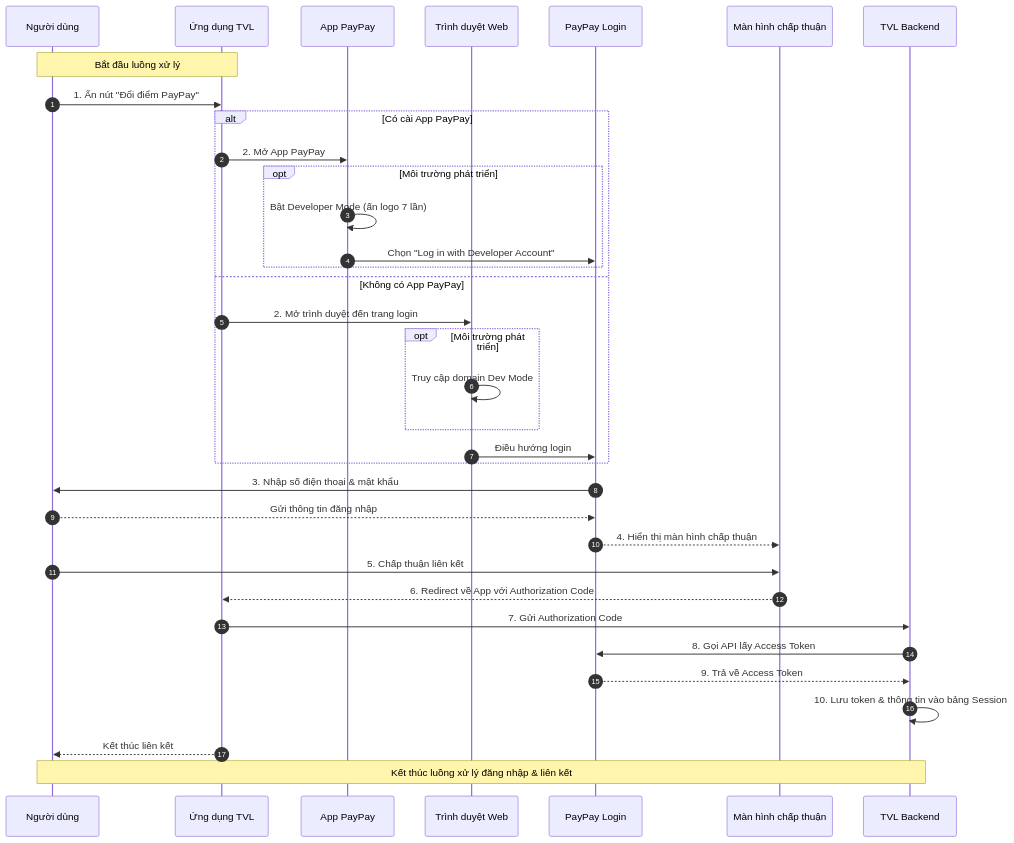
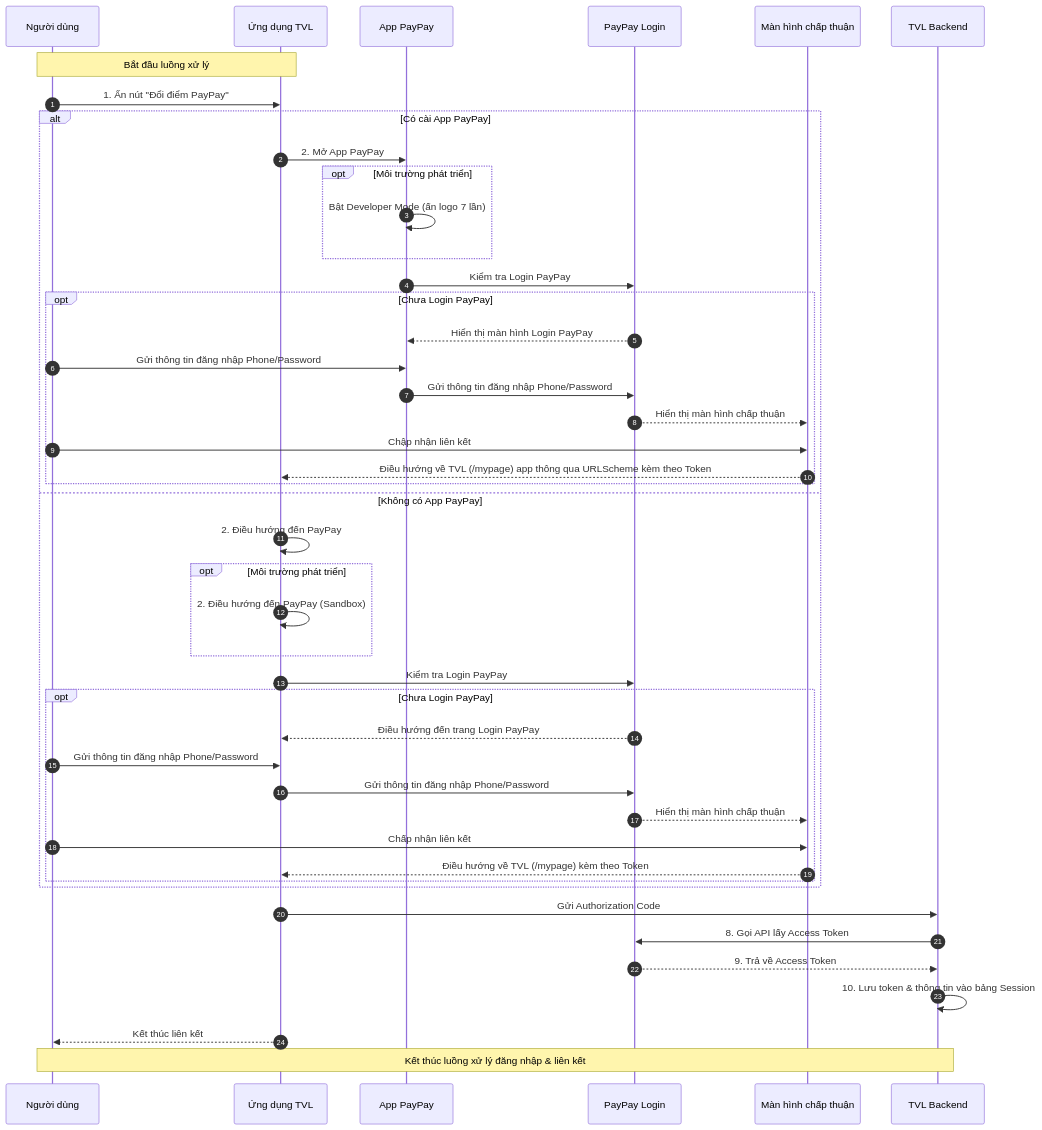
Before and after one commit to tuanvh262-zigexn/apw_documents: the diagram in docs/points_exchange/paypay/[DOC]_paypay_login.md, drawn with Mermaid. The commit also changed other lines of this file and 2 other files, not shown here.

Commit message:
replace Browser => Webview

````diff
--- a/docs/points_exchange/paypay/[DOC]_paypay_login.md
+++ b/docs/points_exchange/paypay/[DOC]_paypay_login.md
@@ -54,46 +61,60 @@
 ```mermaid
 sequenceDiagram
   autonumber
   participant User as Người dùng
   participant TVLApp as Ứng dụng TVL
   participant PayPayApp as App PayPay
-  participant Browser as Trình duyệt Web
   participant PayPayLogin as PayPay Login
   participant Consent as Màn hình chấp thuận
   participant TVLBE as TVL Backend
 
   Note over User,TVLApp: Bắt đầu luồng xử lý
 
   User->>TVLApp: 1. Ấn nút "Đổi điểm PayPay"
-
   alt Có cài App PayPay
     TVLApp->>PayPayApp: 2. Mở App PayPay
 
+
     opt Môi trường phát triển
       PayPayApp->>PayPayApp: Bật Developer Mode (ấn logo 7 lần)
-      PayPayApp->>PayPayLogin: Chọn "Log in with Developer Account"
+
     end
+    PayPayApp->>PayPayLogin: Kiểm tra Login PayPay
+
+    opt Chưa Login PayPay
+      PayPayLogin-->>PayPayApp: Hiển thị màn hình Login PayPay
+      User->>PayPayApp: Gửi thông tin đăng nhập Phone/Password
+      PayPayApp->>PayPayLogin: Gửi thông tin đăng nhập Phone/Password
+      PayPayLogin-->>Consent: Hiển thị màn hình chấp thuận
+      User->>Consent: Chập nhận liên kết
+      Consent-->>TVLApp: Điều hướng về TVL (/mypage) app thông qua URLScheme kèm theo Token
+    end
+
   else Không có App PayPay
-    TVLApp->>Browser: 2. Mở trình duyệt đến trang login
+    TVLApp->>TVLApp: 2. Điều hướng đến PayPay
     opt Môi trường phát triển
-      Browser->>Browser: Truy cập domain Dev Mode
+      TVLApp->>TVLApp: 2. Điều hướng đến PayPay (Sandbox)
     end
-    Browser->>PayPayLogin: Điều hướng login
+    TVLApp->>PayPayLogin: Kiểm tra Login PayPay
+
+    opt Chưa Login PayPay
+      PayPayLogin-->>TVLApp: Điều hướng đến trang Login PayPay
+      User->>TVLApp: Gửi thông tin đăng nhập Phone/Password
+      TVLApp->>PayPayLogin: Gửi thông tin đăng nhập Phone/Password
+      PayPayLogin-->>Consent: Hiển thị màn hình chấp thuận
+      User->>Consent: Chấp nhận liên kết
+      Consent-->>TVLApp: Điều hướng về TVL (/mypage) kèm theo Token
+    end
+
   end
 
-  PayPayLogin->>User: 3. Nhập số điện thoại & mật khẩu
-  User-->>PayPayLogin: Gửi thông tin đăng nhập
-  PayPayLogin-->>Consent: 4. Hiển thị màn hình chấp thuận
-  User->>Consent: 5. Chấp thuận liên kết
-
-  Consent-->>TVLApp: 6. Redirect về App với Authorization Code
-  TVLApp->>TVLBE: 7. Gửi Authorization Code
+  TVLApp->>TVLBE: Gửi Authorization Code
   TVLBE->>PayPayLogin: 8. Gọi API lấy Access Token
   PayPayLogin-->>TVLBE: 9. Trả về Access Token
   TVLBE->>TVLBE: 10. Lưu token & thông tin vào bảng Session
+  TVLApp-->>User: Kết thúc liên kết
 
-  TVLApp-->>User: Kết thúc liên kết
 
   Note over User,TVLBE: Kết thúc luồng xử lý đăng nhập & liên kết
 
 ```
````
